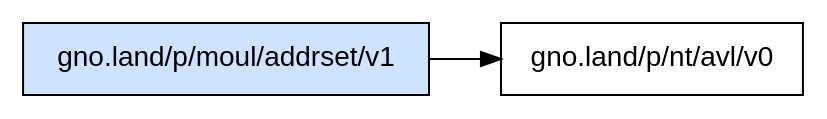
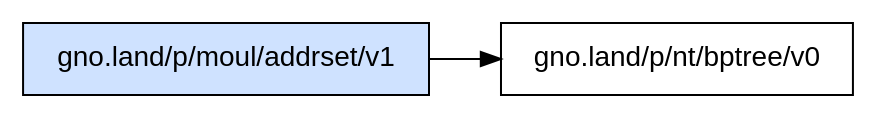
The diagram in _assets/gno.land/p/moul/addrset/v1/deps.dot (moul/gno-contracts), drawn with Graphviz before and after one commit. The commit also changed 586 other files, not shown here.

Commit message:
chore: regenerate catalog + READMEs + graphs

```diff
--- a/_assets/gno.land/p/moul/addrset/v1/deps.dot
+++ b/_assets/gno.land/p/moul/addrset/v1/deps.dot
@@ -1,6 +1,6 @@
 digraph deps {
   rankdir=LR;
   node [shape=box, fontname="sans-serif"];
   "gno.land/p/moul/addrset/v1" [style=filled, fillcolor="#cfe2ff"];
-  "gno.land/p/moul/addrset/v1" -> "gno.land/p/nt/avl/v0";
+  "gno.land/p/moul/addrset/v1" -> "gno.land/p/nt/bptree/v0";
 }
```
